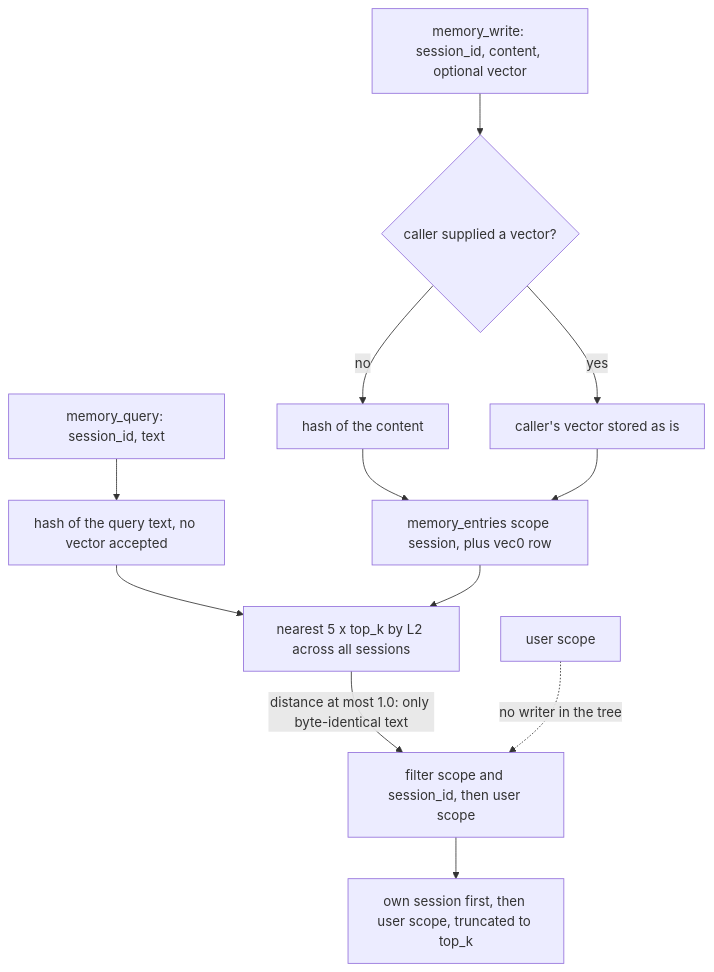
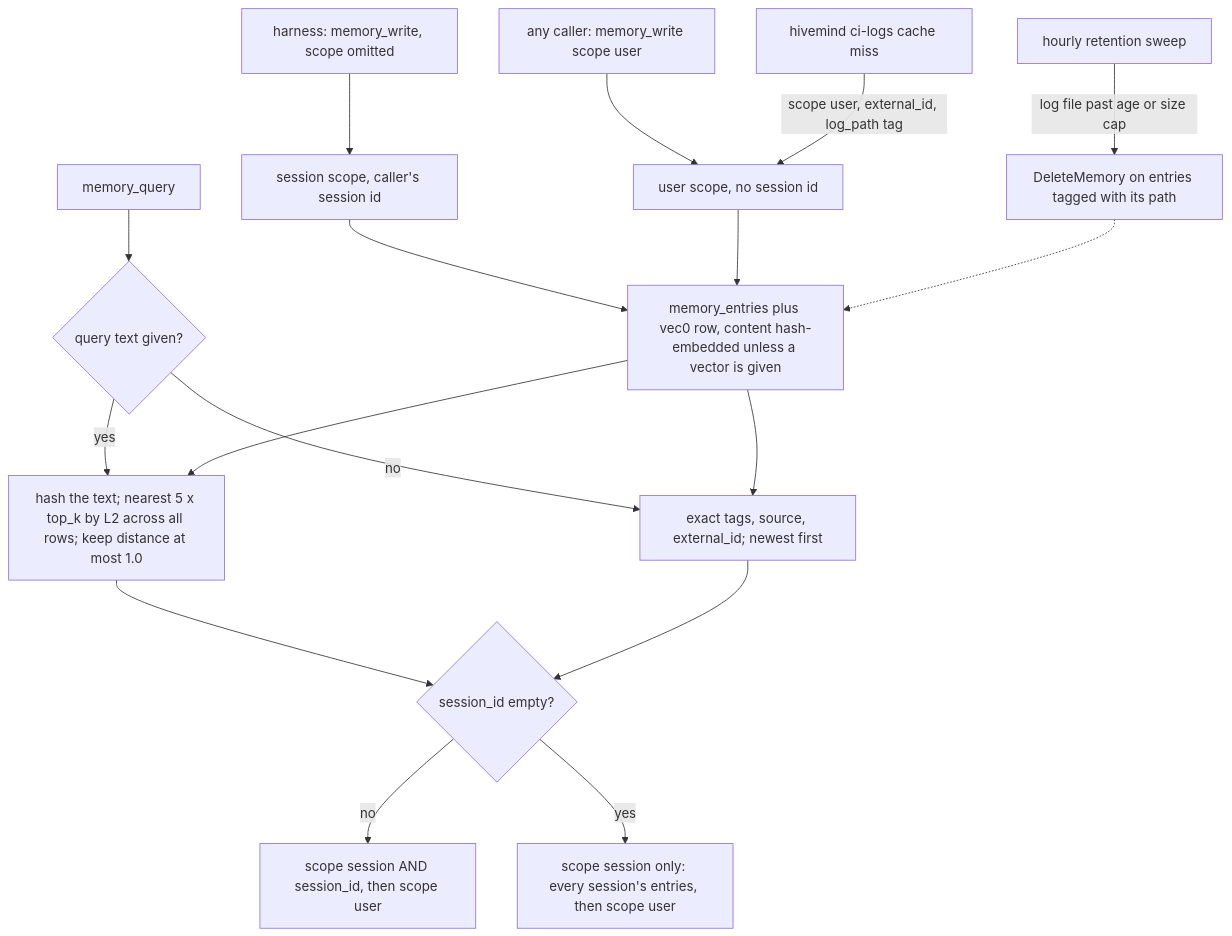
One commit to neoneye/agent-memory-atlas changed the diagram in content/systems/hivemind.md. Above: the diagram before and after it, drawn with Mermaid. The commit also changed other lines of this file and 13 other files, not shown here.

First line of the commit message:
Re-read hivemind at 666bfa1: upstream re-created main with the same trees

````diff
--- a/content/systems/hivemind.md
+++ b/content/systems/hivemind.md
@@ -46,15 +55,20 @@
 ```mermaid
-%% caption: the scope predicate is real and tested, but every query is hash-embedded and cut at distance 1.0, so only a byte-identical query reaches a memory, and a harness-supplied vector reaches nothing
+%% caption: the scope predicate is real and tested on both read arms, but it drops out when the session id is empty, any caller can write the shared scope, and text queries reach only byte-identical content
 flowchart TD
-  W["memory_write: session_id, content, optional vector"] --> V{"caller supplied a vector?"}
-  V -->|no| H["hash of the content"]
-  V -->|yes| E["caller's vector stored as is"]
-  H --> T["memory_entries scope session, plus vec0 row"]
-  E --> T
-  Q["memory_query: session_id, text"] --> QH["hash of the query text, no vector accepted"]
-  QH --> K["nearest 5 x top_k by L2 across all sessions"]
-  T --> K
-  K -->|"distance at most 1.0: only byte-identical text"| F["filter scope and session_id, then user scope"]
-  F --> R["own session first, then user scope, truncated to top_k"]
-  U["user scope"] -.->|"no writer in the tree"| F
+  H["harness: memory_write, scope omitted"] --> S["session scope, caller's session id"]
+  C["any caller: memory_write scope user"] --> U["user scope, no session id"]
+  CLI["hivemind ci-logs cache miss"] -->|"scope user, external_id, log_path tag"| U
+  S --> T["memory_entries plus vec0 row, content hash-embedded unless a vector is given"]
+  U --> T
+  Q["memory_query"] --> QT{"query text given?"}
+  QT -->|yes| QH["hash the text; nearest 5 x top_k by L2 across all rows; keep distance at most 1.0"]
+  QT -->|no| QS["exact tags, source, external_id; newest first"]
+  QH --> F{"session_id empty?"}
+  QS --> F
+  F -->|no| P["scope session AND session_id, then scope user"]
+  F -->|yes| A["scope session only: every session's entries, then scope user"]
+  T --> QH
+  T --> QS
+  W["hourly retention sweep"] -->|"log file past age or size cap"| D["DeleteMemory on entries tagged with its path"]
+  D -.-> T
 ```
````
